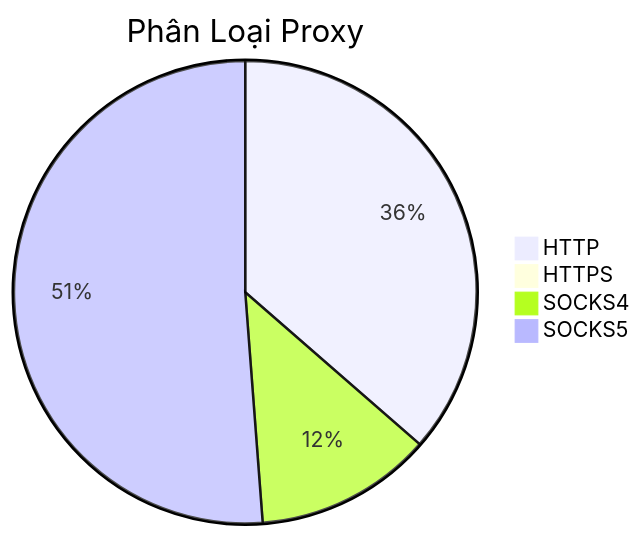
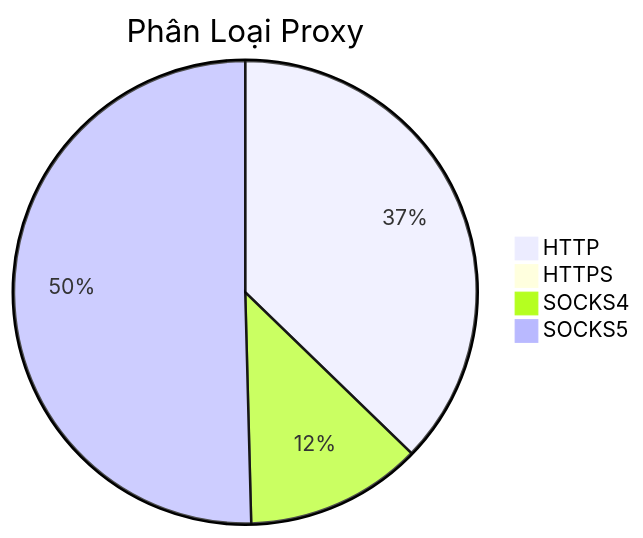
One commit to Ciara-12/PROXY-free changed the diagram in README.md. Above: the diagram before and after it, drawn with Mermaid. The commit also changed other lines of this file and 4 other files, not shown here.

````diff
--- a/README.md
+++ b/README.md
@@ -26,7 +26,7 @@
 ```mermaid
 pie title Phân Loại Proxy
-    "HTTP" : 1255
-    "HTTPS" : 0
-    "SOCKS4" : 427
-    "SOCKS5" : 1765
+    "HTTP" : 993
+    "HTTPS" : 3
+    "SOCKS4" : 329
+    "SOCKS5" : 1344
 ```
````
